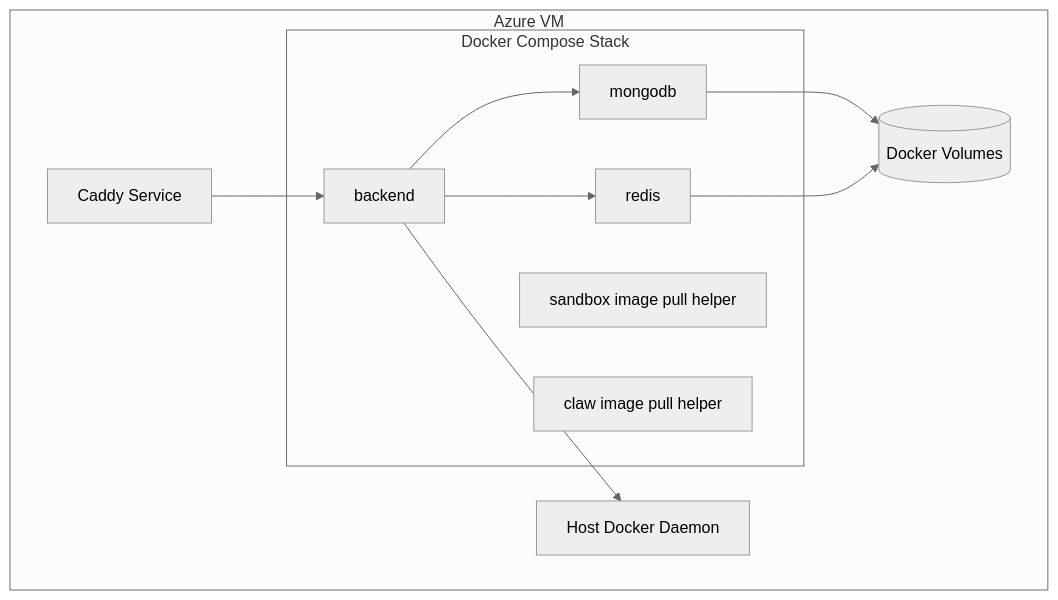
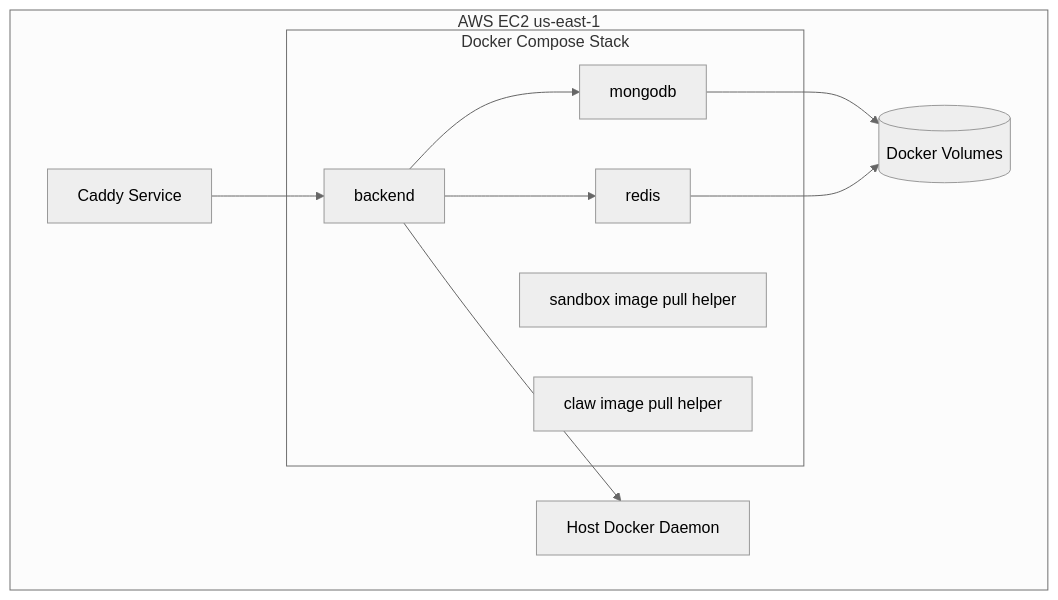
Before and after one commit to JaideepCherukuri/ekachi: the second of 5 diagrams in production-system-architecture.md, drawn with Mermaid (neutral theme). The commit also changed other lines of this file and 3 other files, not shown here.

````diff
--- a/production-system-architecture.md
+++ b/production-system-architecture.md
@@ -83,22 +83,22 @@
 ```mermaid
 flowchart TD
-    subgraph VM[Azure VM]
+    subgraph VM[AWS EC2 us-east-1]
         caddy[Caddy Service]
         subgraph compose[Docker Compose Stack]
             backend[backend]
             mongo[mongodb]
             redis[redis]
             sandboxpull[sandbox image pull helper]
             clawpull[claw image pull helper]
         end
         docker[Host Docker Daemon]
         vols[(Docker Volumes)]
     end
 
     caddy --> backend
     backend --> mongo
     backend --> redis
     backend --> docker
     mongo --> vols
     redis --> vols
 ```
````
